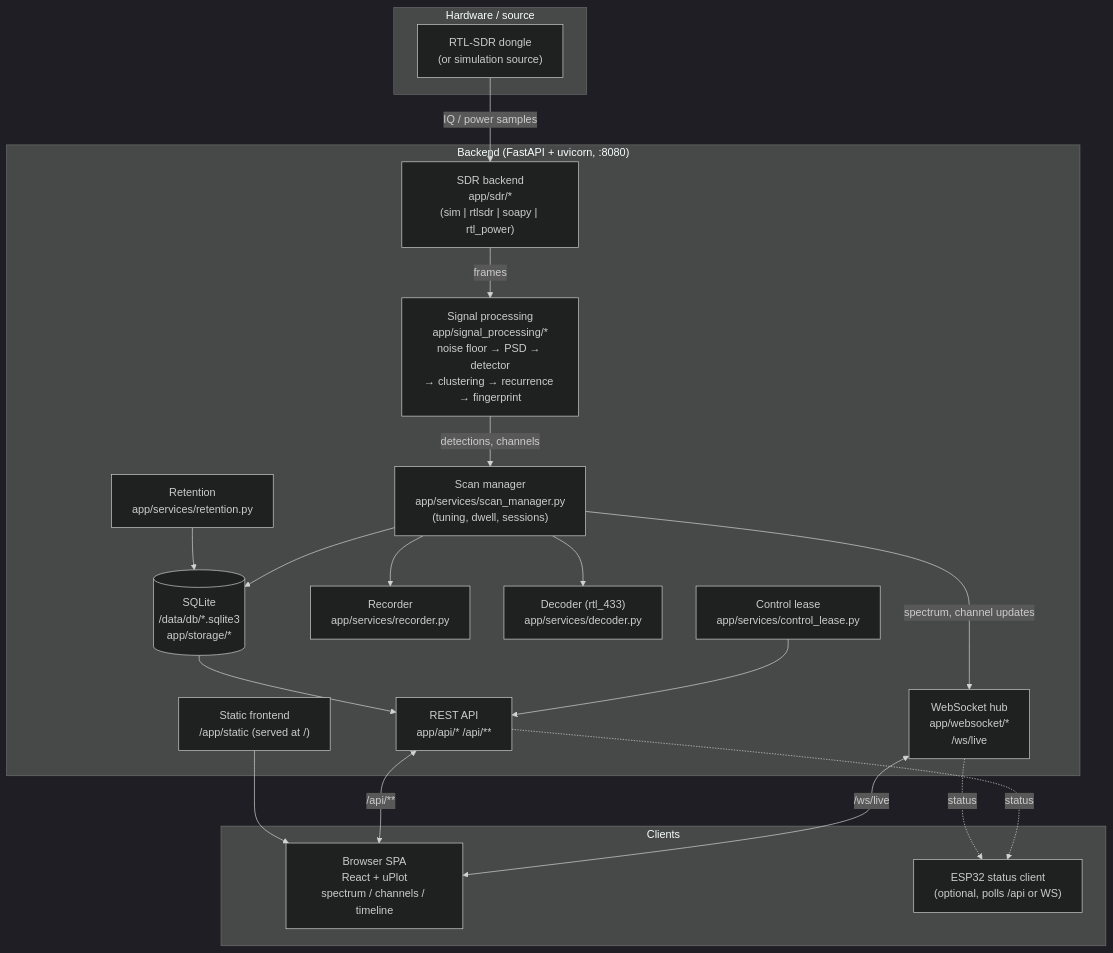
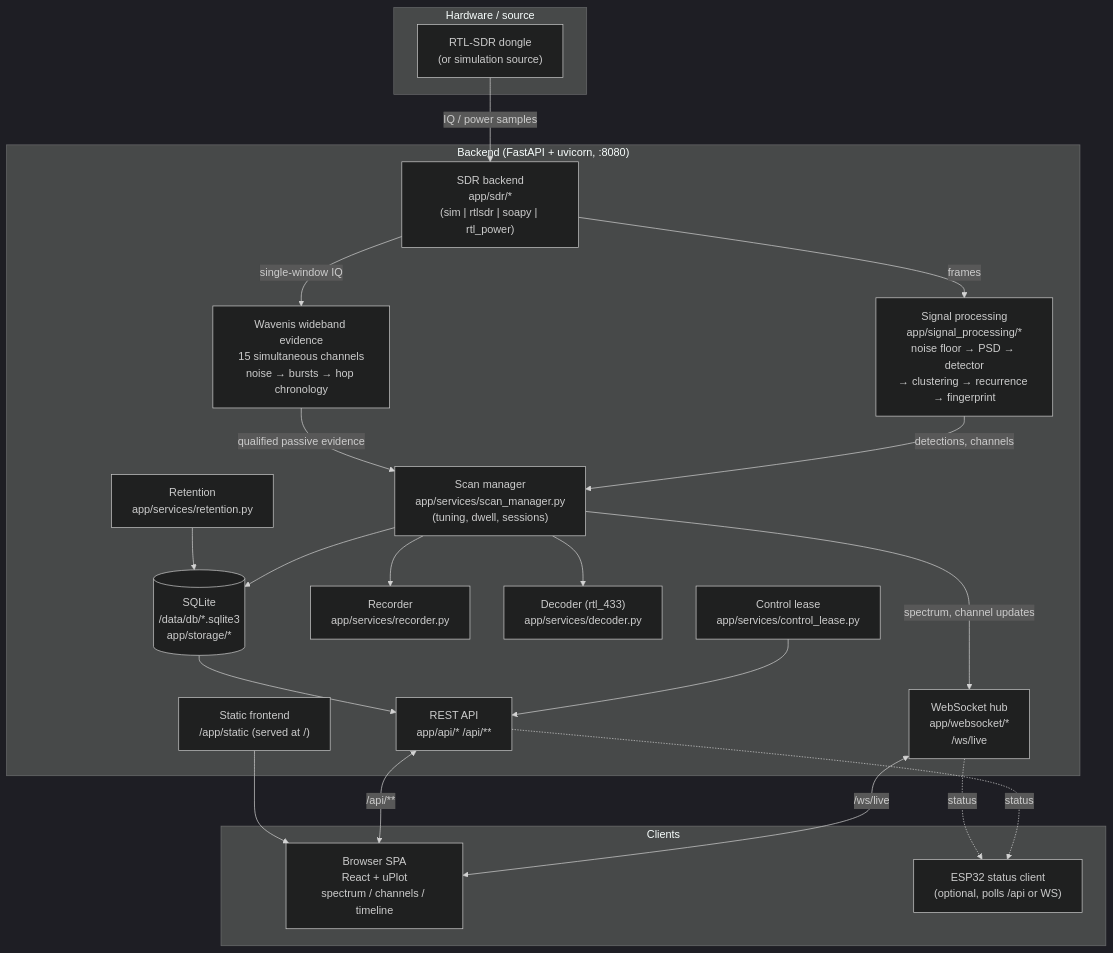
Before and after one commit to jazzonaut/channel-scanner: the diagram in docs/architecture.md, drawn with Mermaid (dark theme). The commit also changed 12 other files, not shown here.

````diff
--- a/docs/architecture.md
+++ b/docs/architecture.md
@@ -11,41 +11,44 @@
 ```mermaid
 flowchart TD
     subgraph HW["Hardware / source"]
       DONGLE["RTL-SDR dongle\n(or simulation source)"]
     end
 
     subgraph BACKEND["Backend (FastAPI + uvicorn, :8080)"]
       SDR["SDR backend\napp/sdr/*\n(sim | rtlsdr | soapy | rtl_power)"]
       DSP["Signal processing\napp/signal_processing/*\nnoise floor → PSD → detector\n→ clustering → recurrence → fingerprint"]
+      WAV["Wavenis wideband evidence\n15 simultaneous channels\nnoise → bursts → hop chronology"]
       SCAN["Scan manager\napp/services/scan_manager.py\n(tuning, dwell, sessions)"]
       LEASE["Control lease\napp/services/control_lease.py"]
       REC["Recorder\napp/services/recorder.py"]
       DEC["Decoder (rtl_433)\napp/services/decoder.py"]
       RET["Retention\napp/services/retention.py"]
       DB[("SQLite\n/data/db/*.sqlite3\napp/storage/*")]
       WS["WebSocket hub\napp/websocket/*\n/ws/live"]
       API["REST API\napp/api/*  /api/**"]
       STATIC["Static frontend\n/app/static  (served at /)"]
     end
 
     subgraph CLIENTS["Clients"]
       BROWSER["Browser SPA\nReact + uPlot\nspectrum / channels / timeline"]
       ESP["ESP32 status client\n(optional, polls /api or WS)"]
     end
 
     DONGLE -->|IQ / power samples| SDR
     SDR -->|frames| DSP
+    SDR -->|single-window IQ| WAV
     DSP -->|detections, channels| SCAN
+    WAV -->|qualified passive evidence| SCAN
     SCAN --> DB
     SCAN -->|spectrum, channel updates| WS
     SCAN --> REC
     SCAN --> DEC
     LEASE --> API
     RET --> DB
     DB --> API
     WS <-->|/ws/live| BROWSER
     API <-->|/api/**| BROWSER
     STATIC --> BROWSER
     API -. status .-> ESP
     WS -. status .-> ESP
 ```
````
